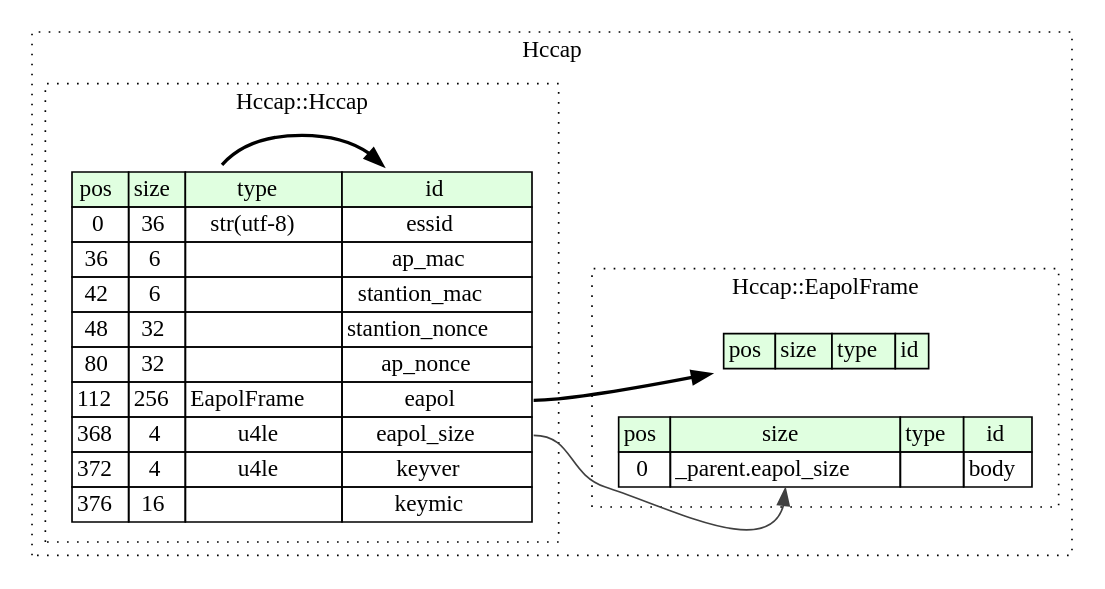
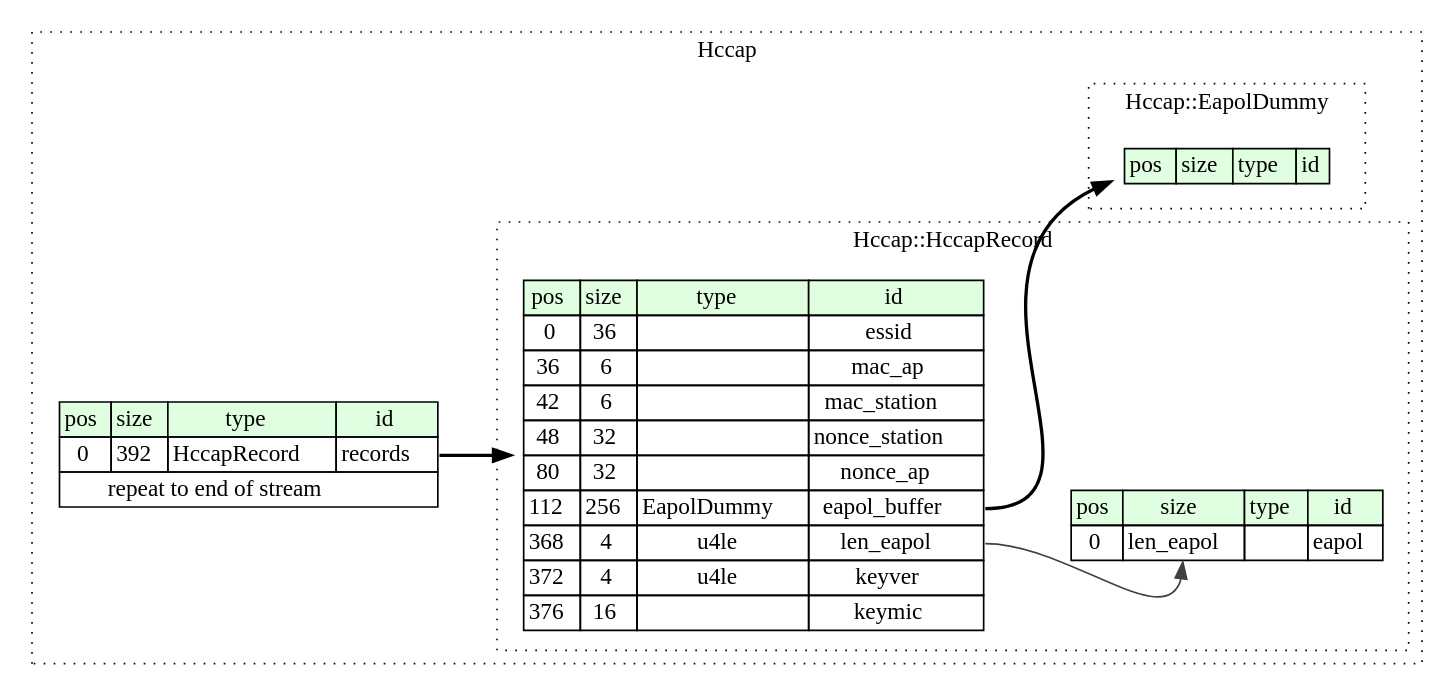
Before and after one commit to kaitai-io/formats-kaitai-io.github.io: the diagram in hccap/src/graphviz/hccap.dot, drawn with Graphviz. The commit also changed 2441 other files, not shown here.

```diff
--- a/hccap/src/graphviz/hccap.dot
+++ b/hccap/src/graphviz/hccap.dot
@@ -1,46 +1,46 @@
 digraph {
 	rankdir=LR;
 	node [shape=plaintext];
 	subgraph cluster__hccap {
 		label="Hccap";
 		graph[style=dotted];
 
 		hccap__seq [label=<<TABLE BORDER="0" CELLBORDER="1" CELLSPACING="0">
 			<TR><TD BGCOLOR="#E0FFE0">pos</TD><TD BGCOLOR="#E0FFE0">size</TD><TD BGCOLOR="#E0FFE0">type</TD><TD BGCOLOR="#E0FFE0">id</TD></TR>
-			<TR><TD PORT="records_pos">0</TD><TD PORT="records_size">392</TD><TD>Hccap</TD><TD PORT="records_type">records</TD></TR>
+			<TR><TD PORT="records_pos">0</TD><TD PORT="records_size">392</TD><TD>HccapRecord</TD><TD PORT="records_type">records</TD></TR>
 			<TR><TD COLSPAN="4" PORT="records__repeat">repeat to end of stream</TD></TR>
 		</TABLE>>];
-		subgraph cluster__hccap {
-			label="Hccap::Hccap";
+		subgraph cluster__hccap_record {
+			label="Hccap::HccapRecord";
 			graph[style=dotted];
 
-			hccap__seq [label=<<TABLE BORDER="0" CELLBORDER="1" CELLSPACING="0">
+			hccap_record__seq [label=<<TABLE BORDER="0" CELLBORDER="1" CELLSPACING="0">
 				<TR><TD BGCOLOR="#E0FFE0">pos</TD><TD BGCOLOR="#E0FFE0">size</TD><TD BGCOLOR="#E0FFE0">type</TD><TD BGCOLOR="#E0FFE0">id</TD></TR>
-				<TR><TD PORT="essid_pos">0</TD><TD PORT="essid_size">36</TD><TD>str(utf-8)</TD><TD PORT="essid_type">essid</TD></TR>
-				<TR><TD PORT="ap_mac_pos">36</TD><TD PORT="ap_mac_size">6</TD><TD></TD><TD PORT="ap_mac_type">ap_mac</TD></TR>
-				<TR><TD PORT="stantion_mac_pos">42</TD><TD PORT="stantion_mac_size">6</TD><TD></TD><TD PORT="stantion_mac_type">stantion_mac</TD></TR>
-				<TR><TD PORT="stantion_nonce_pos">48</TD><TD PORT="stantion_nonce_size">32</TD><TD></TD><TD PORT="stantion_nonce_type">stantion_nonce</TD></TR>
-				<TR><TD PORT="ap_nonce_pos">80</TD><TD PORT="ap_nonce_size">32</TD><TD></TD><TD PORT="ap_nonce_type">ap_nonce</TD></TR>
-				<TR><TD PORT="eapol_pos">112</TD><TD PORT="eapol_size">256</TD><TD>EapolFrame</TD><TD PORT="eapol_type">eapol</TD></TR>
-				<TR><TD PORT="eapol_size_pos">368</TD><TD PORT="eapol_size_size">4</TD><TD>u4le</TD><TD PORT="eapol_size_type">eapol_size</TD></TR>
+				<TR><TD PORT="essid_pos">0</TD><TD PORT="essid_size">36</TD><TD></TD><TD PORT="essid_type">essid</TD></TR>
+				<TR><TD PORT="mac_ap_pos">36</TD><TD PORT="mac_ap_size">6</TD><TD></TD><TD PORT="mac_ap_type">mac_ap</TD></TR>
+				<TR><TD PORT="mac_station_pos">42</TD><TD PORT="mac_station_size">6</TD><TD></TD><TD PORT="mac_station_type">mac_station</TD></TR>
+				<TR><TD PORT="nonce_station_pos">48</TD><TD PORT="nonce_station_size">32</TD><TD></TD><TD PORT="nonce_station_type">nonce_station</TD></TR>
+				<TR><TD PORT="nonce_ap_pos">80</TD><TD PORT="nonce_ap_size">32</TD><TD></TD><TD PORT="nonce_ap_type">nonce_ap</TD></TR>
+				<TR><TD PORT="eapol_buffer_pos">112</TD><TD PORT="eapol_buffer_size">256</TD><TD>EapolDummy</TD><TD PORT="eapol_buffer_type">eapol_buffer</TD></TR>
+				<TR><TD PORT="len_eapol_pos">368</TD><TD PORT="len_eapol_size">4</TD><TD>u4le</TD><TD PORT="len_eapol_type">len_eapol</TD></TR>
 				<TR><TD PORT="keyver_pos">372</TD><TD PORT="keyver_size">4</TD><TD>u4le</TD><TD PORT="keyver_type">keyver</TD></TR>
 				<TR><TD PORT="keymic_pos">376</TD><TD PORT="keymic_size">16</TD><TD></TD><TD PORT="keymic_type">keymic</TD></TR>
 			</TABLE>>];
+			hccap_record__inst__eapol [label=<<TABLE BORDER="0" CELLBORDER="1" CELLSPACING="0">
+				<TR><TD BGCOLOR="#E0FFE0">pos</TD><TD BGCOLOR="#E0FFE0">size</TD><TD BGCOLOR="#E0FFE0">type</TD><TD BGCOLOR="#E0FFE0">id</TD></TR>
+				<TR><TD PORT="eapol_pos">0</TD><TD PORT="eapol_size">len_eapol</TD><TD></TD><TD PORT="eapol_type">eapol</TD></TR>
+			</TABLE>>];
 		}
-		subgraph cluster__eapol_frame {
-			label="Hccap::EapolFrame";
+		subgraph cluster__eapol_dummy {
+			label="Hccap::EapolDummy";
 			graph[style=dotted];
 
-			eapol_frame__seq [label=<<TABLE BORDER="0" CELLBORDER="1" CELLSPACING="0">
+			eapol_dummy__seq [label=<<TABLE BORDER="0" CELLBORDER="1" CELLSPACING="0">
 				<TR><TD BGCOLOR="#E0FFE0">pos</TD><TD BGCOLOR="#E0FFE0">size</TD><TD BGCOLOR="#E0FFE0">type</TD><TD BGCOLOR="#E0FFE0">id</TD></TR>
-			</TABLE>>];
-			eapol_frame__inst__body [label=<<TABLE BORDER="0" CELLBORDER="1" CELLSPACING="0">
-				<TR><TD BGCOLOR="#E0FFE0">pos</TD><TD BGCOLOR="#E0FFE0">size</TD><TD BGCOLOR="#E0FFE0">type</TD><TD BGCOLOR="#E0FFE0">id</TD></TR>
-				<TR><TD PORT="body_pos">0</TD><TD PORT="body_size">_parent.eapol_size</TD><TD></TD><TD PORT="body_type">body</TD></TR>
 			</TABLE>>];
 		}
 	}
-	hccap__seq:records_type -> hccap__seq [style=bold];
-	hccap__seq:eapol_type -> eapol_frame__seq [style=bold];
-	hccap__seq:eapol_size_type -> eapol_frame__inst__body:body_size [color="#404040"];
+	hccap__seq:records_type -> hccap_record__seq [style=bold];
+	hccap_record__seq:eapol_buffer_type -> eapol_dummy__seq [style=bold];
+	hccap_record__seq:len_eapol_type -> hccap_record__inst__eapol:eapol_size [color="#404040"];
 }
```
